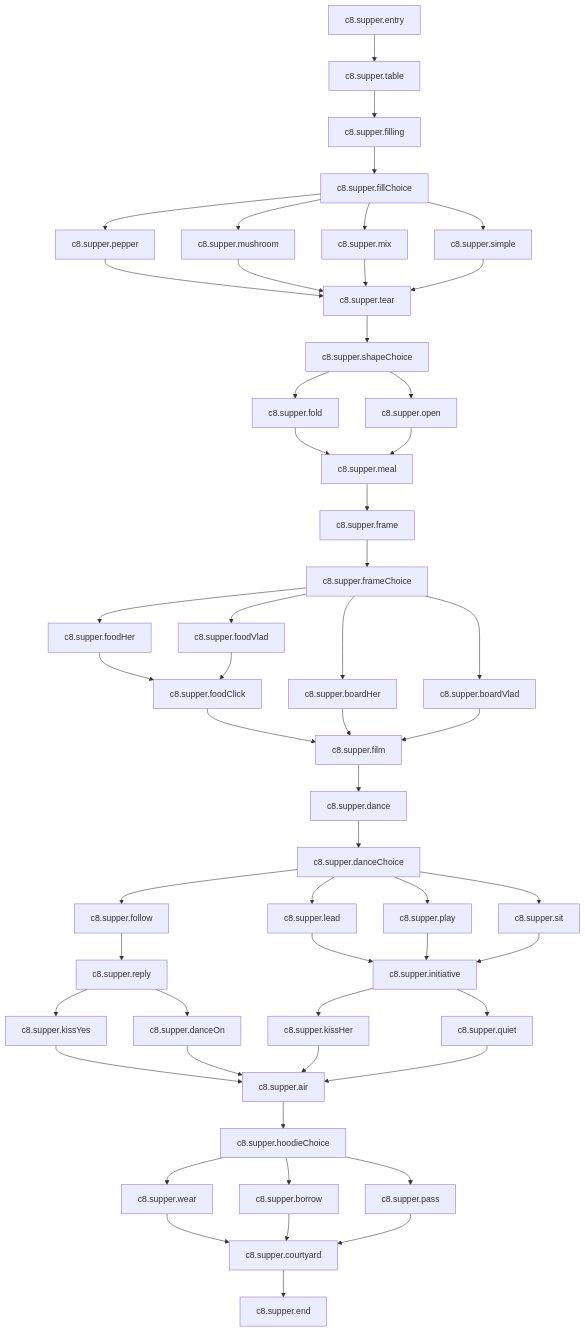
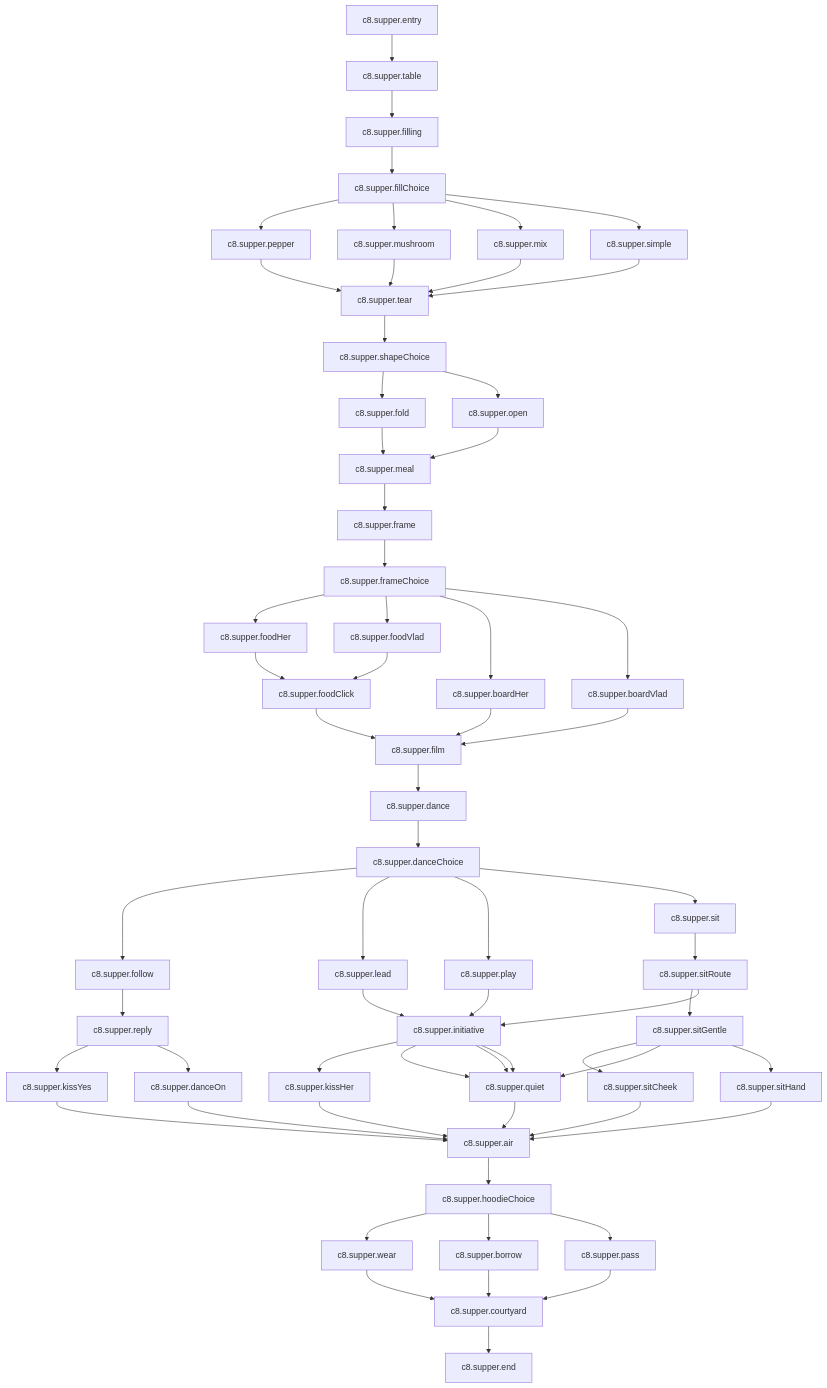
The diagram in outputs/CHAPTER_08_SCRIPT.md (vlad28x/our-little-story), drawn with Mermaid before and after one commit. The commit also changed other lines of this file and 198 other files, not shown here.

```diff
--- a/outputs/CHAPTER_08_SCRIPT.md
+++ b/outputs/CHAPTER_08_SCRIPT.md
@@ -69,7 +69,18 @@
   c8.supper.play
   c8.supper.play --> c8.supper.initiative
   c8.supper.sit
-  c8.supper.sit --> c8.supper.initiative
+  c8.supper.sit --> c8.supper.sitRoute
+  c8.supper.sitRoute
+  c8.supper.sitRoute --> c8.supper.sitGentle
+  c8.supper.sitRoute --> c8.supper.initiative
+  c8.supper.sitGentle
+  c8.supper.sitGentle --> c8.supper.sitCheek
+  c8.supper.sitGentle --> c8.supper.quiet
+  c8.supper.sitGentle --> c8.supper.sitHand
+  c8.supper.sitCheek
+  c8.supper.sitCheek --> c8.supper.air
+  c8.supper.sitHand
+  c8.supper.sitHand --> c8.supper.air
   c8.supper.reply
   c8.supper.reply --> c8.supper.kissYes
   c8.supper.reply --> c8.supper.danceOn
@@ -79,6 +90,8 @@
   c8.supper.danceOn --> c8.supper.air
   c8.supper.initiative
   c8.supper.initiative --> c8.supper.kissHer
+  c8.supper.initiative --> c8.supper.quiet
+  c8.supper.initiative --> c8.supper.quiet
   c8.supper.initiative --> c8.supper.quiet
   c8.supper.kissHer
   c8.supper.kissHer --> c8.supper.air
```
